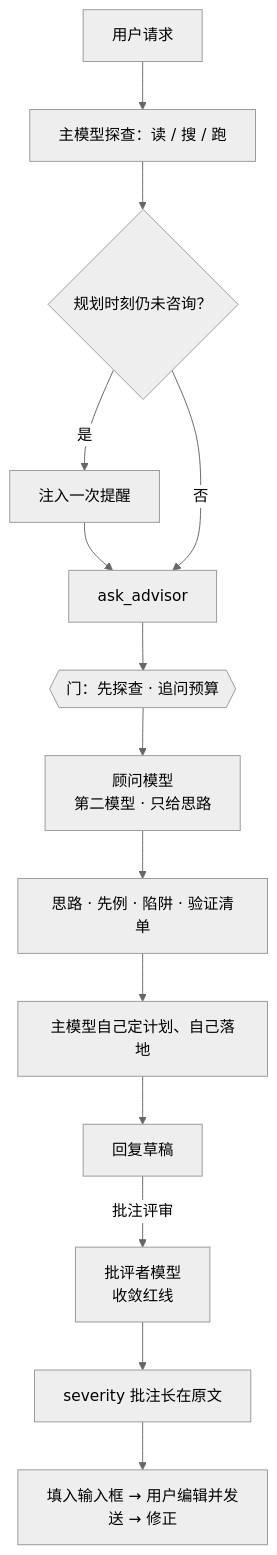
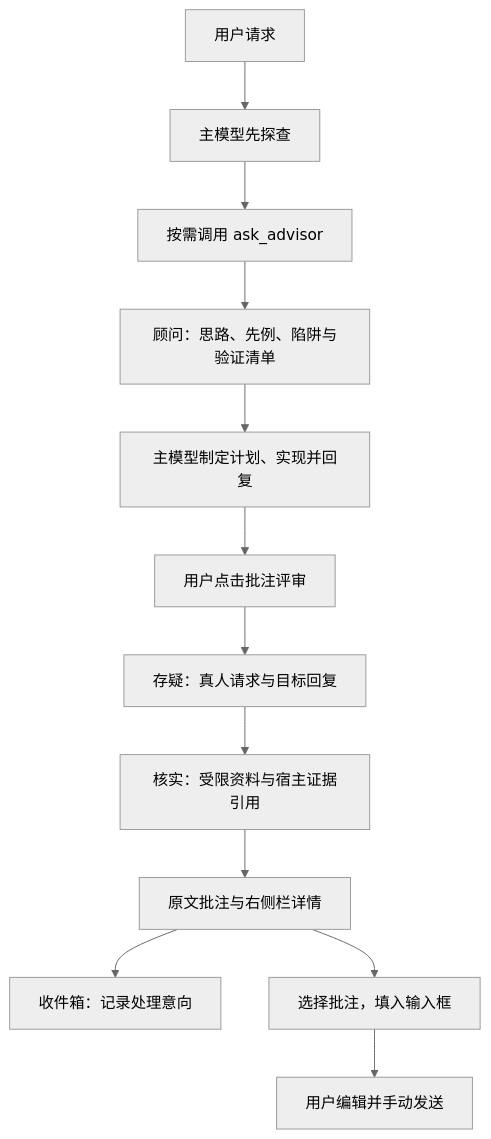
One commit to higekibaka/dsh-ciel changed the diagram in README.md. Above: the diagram before and after it, drawn with Mermaid (neutral theme). The commit also changed other lines of this file and 4 other files, not shown here.

````diff
--- a/README.md
+++ b/README.md
@@ -22,16 +37,14 @@
 ```mermaid
 flowchart TD
-    U[用户请求] --> E[主模型探查：读 / 搜 / 跑]
-    E --> P{规划时刻仍未咨询？}
-    P -->|是| R[注入一次提醒]
-    R --> A
-    P -->|否| A[ask_advisor]
-    A --> G{{门：先探查 · 追问预算}}
-    G --> M[顾问模型<br>第二模型 · 只给思路]
-    M --> I[思路 · 先例 · 陷阱 · 验证清单]
-    I --> L[主模型自己定计划、自己落地]
-    L --> D[回复草稿]
-    D -->|批注评审| C[批评者模型<br>收敛红线]
-    C --> S[severity 批注长在原文]
-    S --> F[填入输入框 → 用户编辑并发送 → 修正]
+    U[用户请求] --> E[主模型先探查]
+    E --> A[按需调用 ask_advisor]
+    A --> I[顾问：思路、先例、陷阱与验证清单]
+    I --> M[主模型制定计划、实现并回复]
+    M --> C[用户点击批注评审]
+    C --> S[存疑：真人请求与目标回复]
+    S --> V[核实：受限资料与宿主证据引用]
+    V --> R[原文批注与右侧栏详情]
+    R --> B[收件箱：记录处理意向]
+    R --> D[选择批注，填入输入框]
+    D --> F[用户编辑并手动发送]
 ```
````
